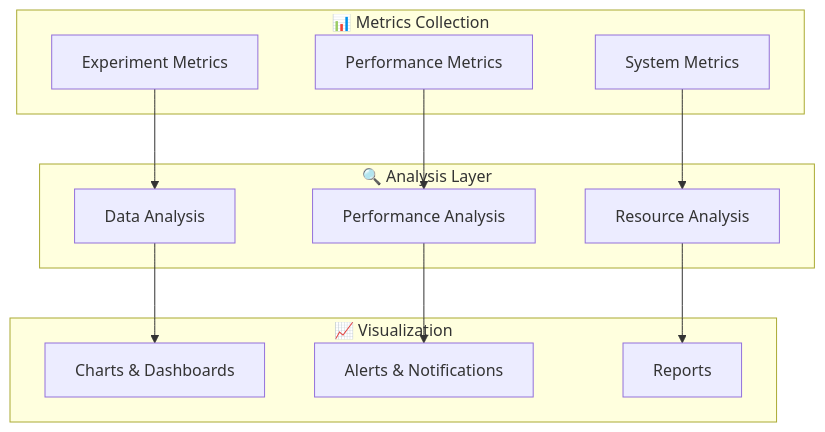
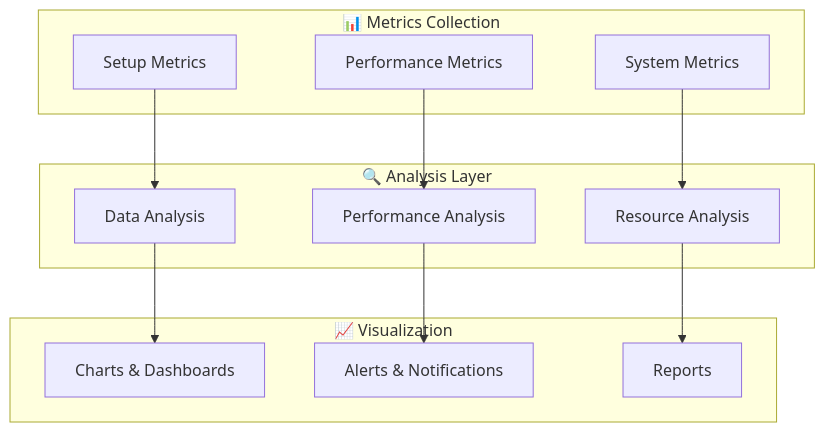
Before and after one commit to aghilhooshmand/UGE: the eighth of 8 diagrams in ARCHITECTURE_DIAGRAMS.md, drawn with Mermaid. The commit also changed other lines of this file and 24 other files, not shown here.

````diff
--- a/ARCHITECTURE_DIAGRAMS.md
+++ b/ARCHITECTURE_DIAGRAMS.md
@@ -519,28 +519,28 @@
 ```mermaid
 graph TB
     subgraph "📊 Metrics Collection"
-        EM[Experiment Metrics]
+        EM[Setup Metrics]
         PM[Performance Metrics]
         SM[System Metrics]
     end
     
     subgraph "🔍 Analysis Layer"
         DA[Data Analysis]
         PA[Performance Analysis]
         RA[Resource Analysis]
     end
     
     subgraph "📈 Visualization"
         CD[Charts & Dashboards]
         AL[Alerts & Notifications]
         RP[Reports]
     end
     
     EM --> DA
     PM --> PA
     SM --> RA
     
     DA --> CD
     PA --> AL
     RA --> RP
 ```
````
